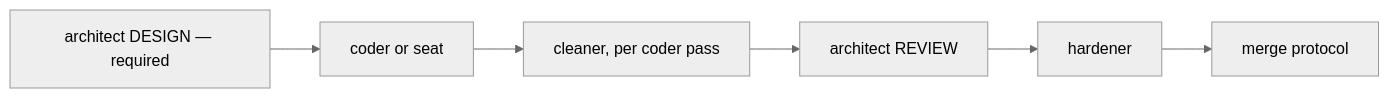
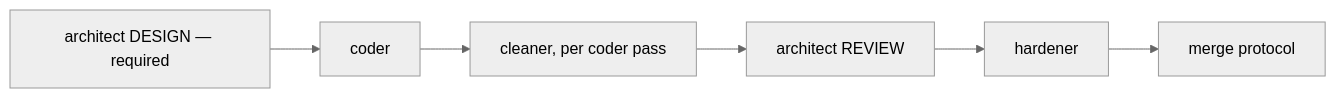
Before and after one commit to DetweilerRyan/gol: the second of 3 diagrams in .claude/references/pipelines.md, drawn with Mermaid (neutral theme). The commit also changed other lines of this file and 4 other files, not shown here.

````diff
--- a/.claude/references/pipelines.md
+++ b/.claude/references/pipelines.md
@@ -105,8 +109,8 @@
 ```mermaid
 flowchart LR
-  B[architect DESIGN — required] --> C[coder or seat]
+  B[architect DESIGN — required] --> C[coder]
   C --> D[cleaner, per coder pass]
   D --> E[architect REVIEW]
   E --> F[hardener]
   F --> G[merge protocol]
 ```
````
